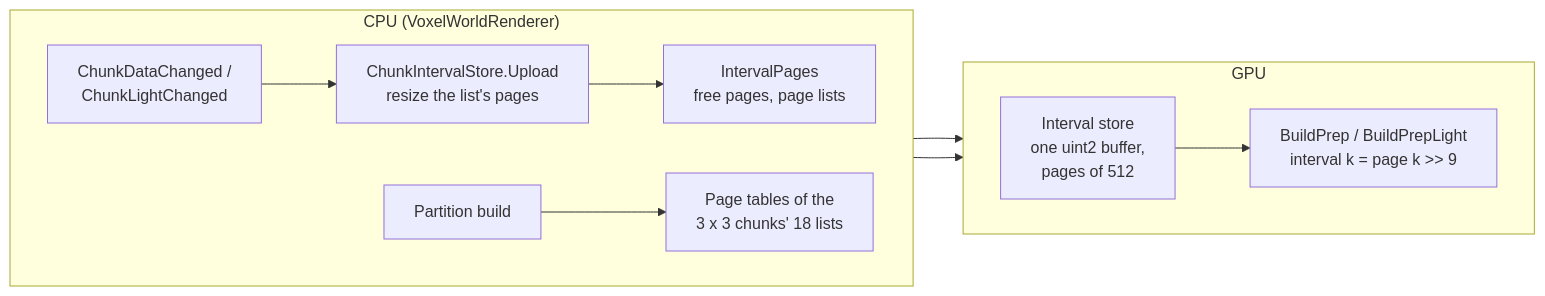
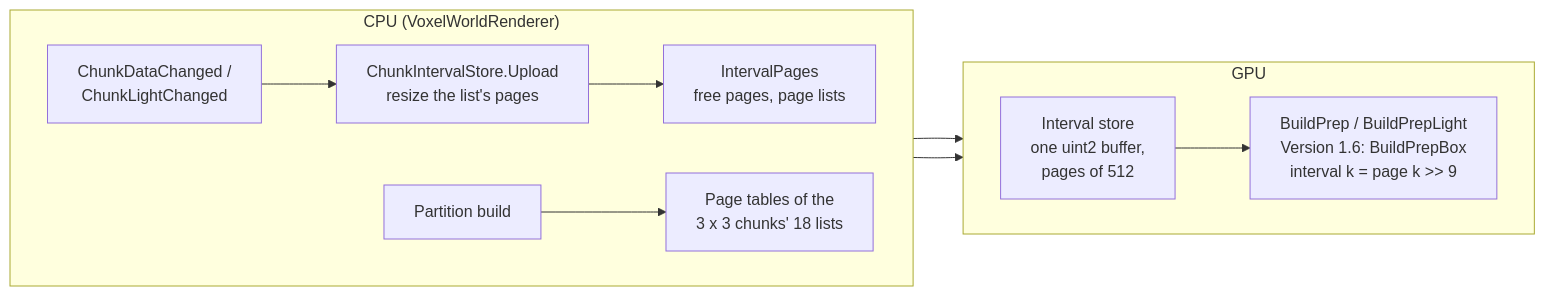
The ninth of 10 diagrams in Assets/Engine/Docs/MeshAndRenderPipeline.md (anilas5235/Infinitile), drawn with Mermaid before and after one commit. The commit also changed other lines of this file and 22 other files, not shown here.

First line of the commit message:
§20: collider mask meshing (20.3) and partition box prep (20.4) (#41)

````diff
--- a/Assets/Engine/Docs/MeshAndRenderPipeline.md
+++ b/Assets/Engine/Docs/MeshAndRenderPipeline.md
@@ -490,23 +492,24 @@
 ```mermaid
 flowchart LR
 subgraph CPU["CPU (VoxelWorldRenderer)"]
     direction LR
     A[ChunkDataChanged /
     ChunkLightChanged] --> B[ChunkIntervalStore.Upload
     resize the list's pages]
     B --> C[IntervalPages
     free pages, page lists]
     D[Partition build] --> E[Page tables of the
     3 x 3 chunks' 18 lists]
 end
 
 subgraph GPU
     direction LR
     B --> F[Interval store
     one uint2 buffer,
     pages of 512]
     E --> G[BuildPrep / BuildPrepLight
+    Version 1.6: BuildPrepBox
     interval k = page k >> 9]
     F --> G
 end
 ```
````
